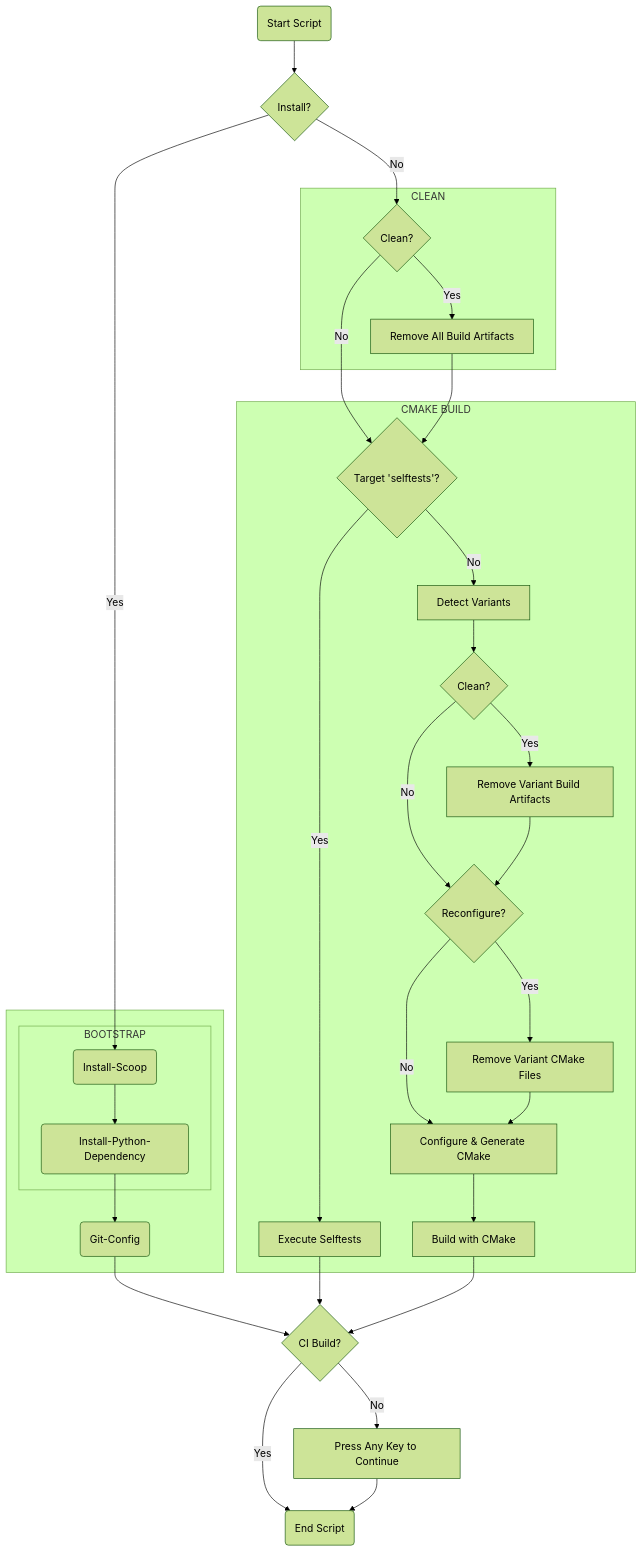
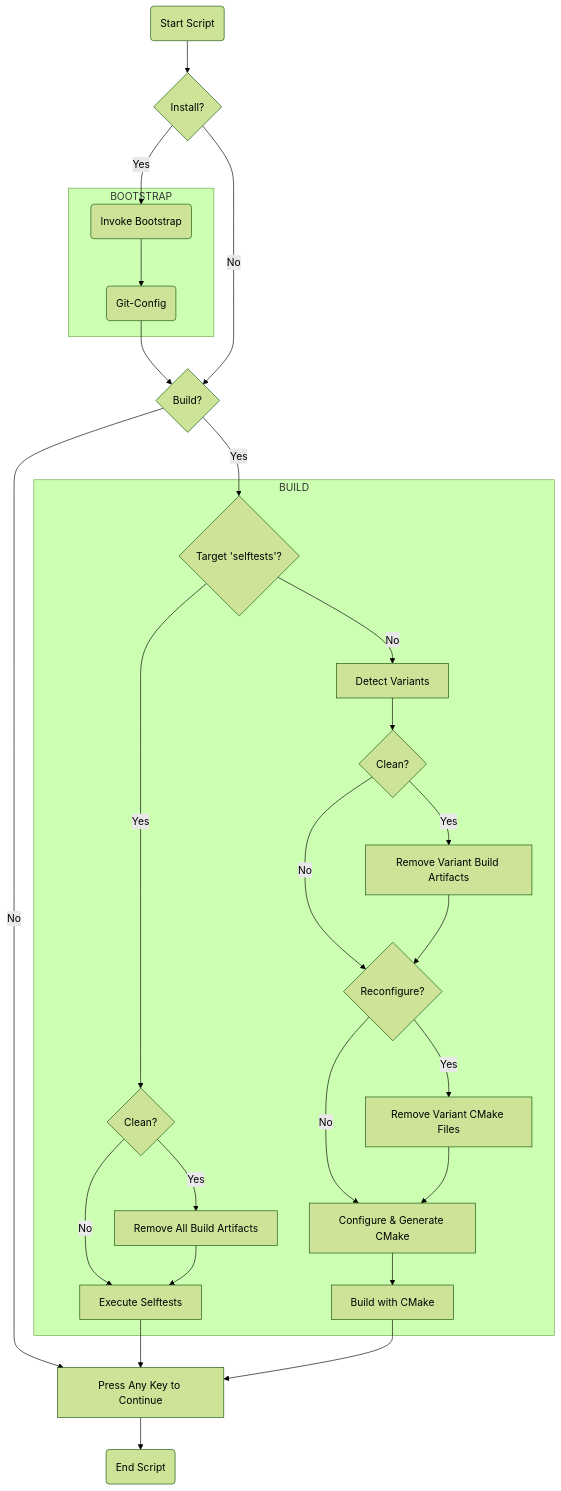
Before and after one commit to cuinixam/SPL: the diagram in docs/getting_started/generate_example_project.rst, drawn with Mermaid (forest theme). The commit also changed other lines of this file and 3 other files, not shown here.

```diff
--- a/docs/getting_started/generate_example_project.rst
+++ b/docs/getting_started/generate_example_project.rst
@@ -69,58 +78,53 @@
 .. mermaid::
 
     flowchart TD
 
-    Start(Start Script)
-    Install{Install?}
-    Clean{Clean?}
-    CI{CI Build?}
-    End(End Script)
-    PressKey[Press Any Key to Continue]
+        Start(Start Script)
+        Install{Install?}
+        Build{Build?}
+        Clean{Clean?}
+        HandleClean[Remove All Build Artifacts]
+        End(End Script)
+        PressKey[Press Any Key to Continue]
 
-    CheckTarget{Target 'selftests'?}
-    HandleSelfTests[Execute Selftests]
-    HandleVariants[Detect Variants]
-    CleanCheck{Clean?}
-    HandleClean[Remove Variant Build Artifacts]
-    ReconfigureCheck{Reconfigure?}
-    HandleReconfigure[Remove Variant CMake Files]
-    CMakeConfigure[Configure & Generate CMake]
-    CMakeBuild[Build with CMake]
+        CheckTargetSelftests{Target 'selftests'?}
+        HandleSelfTests[Execute Selftests]
+        HandleVariants[Detect Variants]
+        CleanVariant{Clean?}
+        HandleVariantClean[Remove Variant Build Artifacts]
+        ReconfigureCheck{Reconfigure?}
+        HandleReconfigure[Remove Variant CMake Files]
+        CMakeConfigure[Configure & Generate CMake]
+        CMakeBuild[Build with CMake]
 
-    Start --> Install
-    Install -->|Yes| Scoop(Install-Scoop)
+        Start --> Install
+        Install -->|Yes| Bootstrap(Invoke Bootstrap)
 
-    subgraph " "
         subgraph "BOOTSTRAP"
-            Scoop-->Python(Install-Python-Dependency)
+            Bootstrap-->GitConfig(Git-Config)
         end
-        Python-->GitConfig(Git-Config)
-    end
+        GitConfig-->Build
 
-    GitConfig --> CI
-    Install -->|No| Clean
+        Install -->|No| Build
+        Build -->|No| PressKey
+        Build -->|Yes| CheckTargetSelftests
 
-    subgraph "CLEAN"
-        Clean -->|Yes| CleanAction[Remove All Build Artifacts]
-    end
+        subgraph "BUILD"
+            CheckTargetSelftests -->|Yes| Clean
+            Clean -->|Yes| HandleClean
+            Clean -->|No| HandleSelfTests
+            HandleClean --> HandleSelfTests
+            CheckTargetSelftests -->|No| HandleVariants
+            HandleVariants --> CleanVariant
+            CleanVariant -->|Yes| HandleVariantClean
+            CleanVariant -->|No| ReconfigureCheck
+            HandleVariantClean --> ReconfigureCheck
+            ReconfigureCheck -->|Yes| HandleReconfigure
+            ReconfigureCheck -->|No| CMakeConfigure
+            HandleReconfigure --> CMakeConfigure
+            CMakeConfigure --> CMakeBuild
+        end
 
-    subgraph "CMAKE BUILD"
-        Clean -->|No| CheckTarget
-        CleanAction --> CheckTarget
-        CheckTarget -->|Yes| HandleSelfTests
-        CheckTarget -->|No| HandleVariants
-        HandleVariants --> CleanCheck
-        CleanCheck -->|Yes| HandleClean
-        CleanCheck -->|No| ReconfigureCheck
-        HandleClean --> ReconfigureCheck
-        ReconfigureCheck -->|Yes| HandleReconfigure
-        ReconfigureCheck -->|No| CMakeConfigure
-        HandleReconfigure --> CMakeConfigure
-        CMakeConfigure --> CMakeBuild
-    end
-
-    HandleSelfTests --> CI
-    CMakeBuild --> CI
-    CI -->|Yes| End
-    CI -->|No| PressKey
-    PressKey --> End
+        HandleSelfTests --> PressKey
+        CMakeBuild --> PressKey
+        PressKey --> End
```
